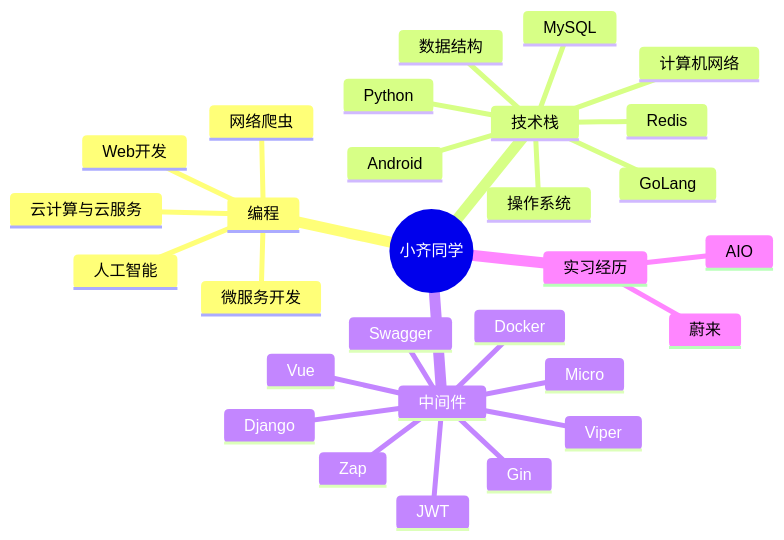
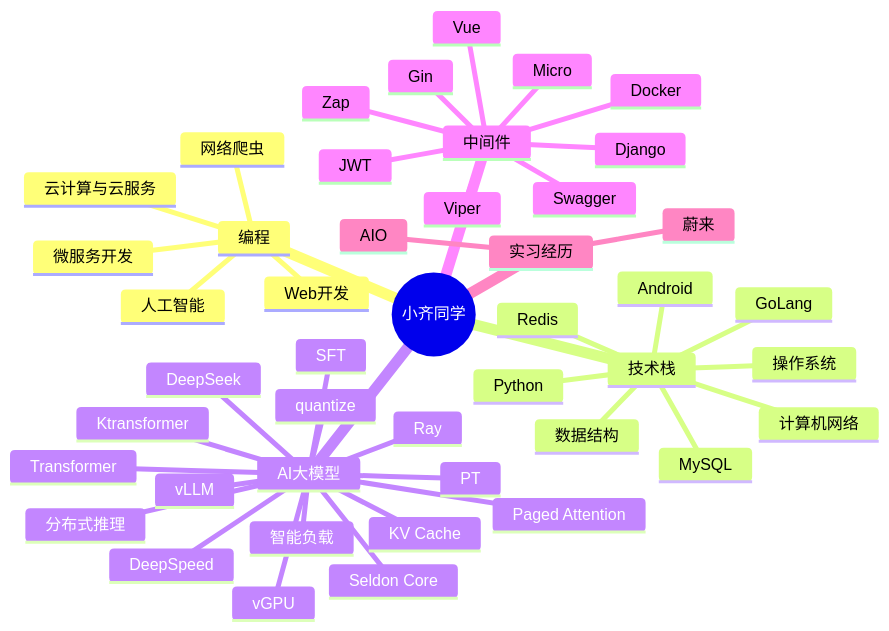
The diagram in README.md (qilide/qilide), drawn with Mermaid before and after one commit.

````diff
--- a/README.md
+++ b/README.md
@@ -125,32 +125,48 @@
 ```mermaid
 mindmap
   root((小齐同学))
     编程
       Web开发
       微服务开发
       云计算与云服务
       网络爬虫
       人工智能
     技术栈
       GoLang
       Python
       Android
       MySQL
       Redis
       计算机网络
       操作系统
       数据结构
+    AI大模型
+      Transformer
+      Ktransformer
+      Paged Attention
+      vLLM
+      Seldon Core
+      DeepSeek
+      PT
+      SFT
+      Ray
+      quantize
+      KV Cache
+      智能负载
+      分布式推理
+      vGPU
+      DeepSpeed
     中间件
       Swagger
       Viper
       JWT
       Zap
       Gin
       Micro
       Django
       Vue
       Docker
     实习经历
       蔚来
       AIO
 ```
````
